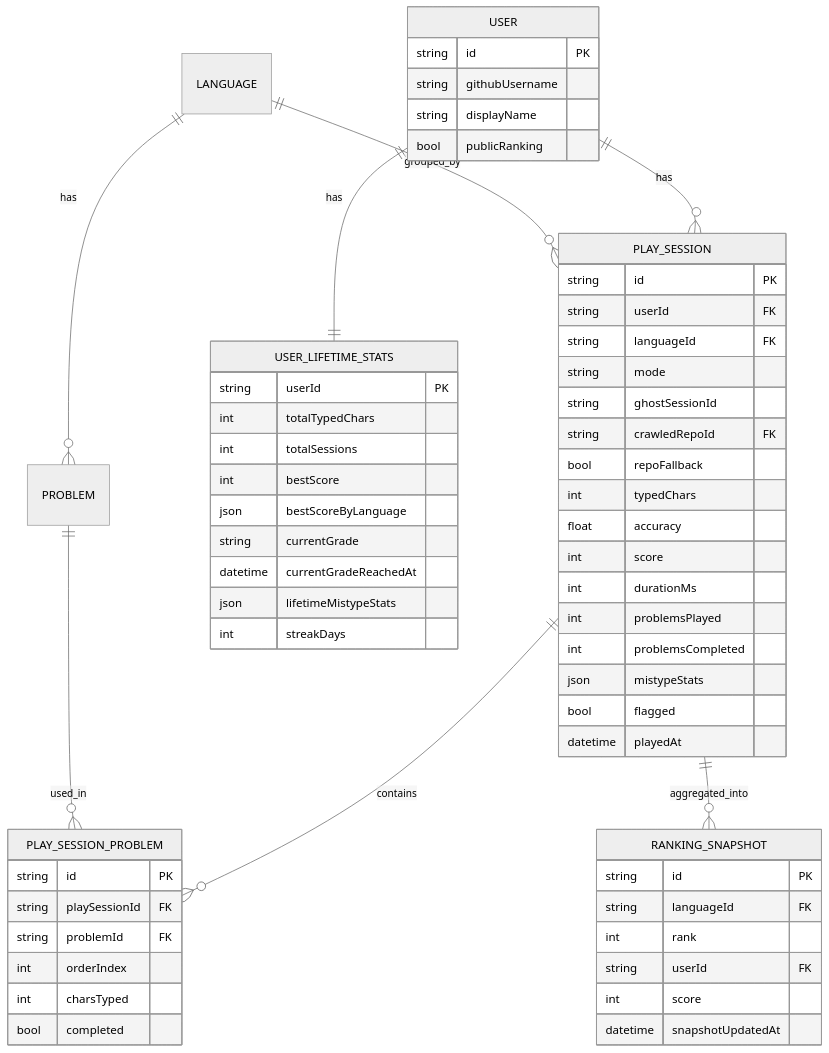
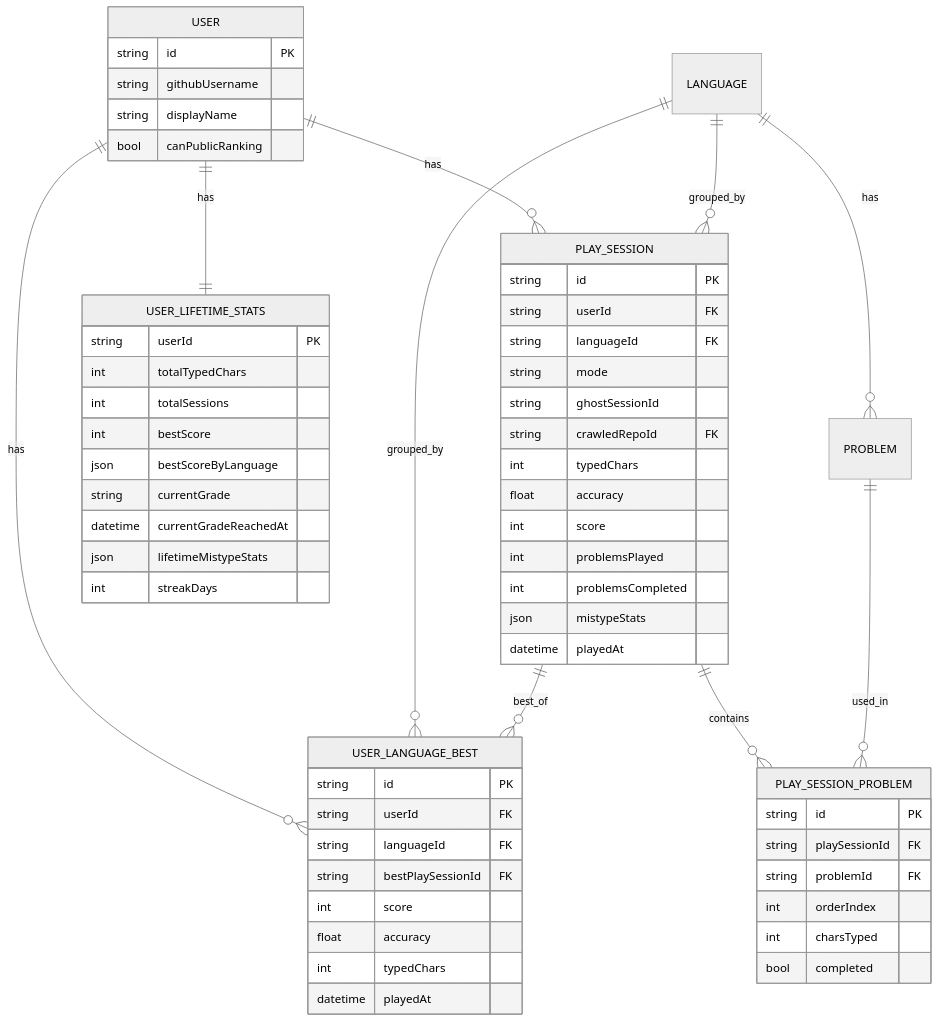
The first of 2 diagrams in docs/spec/score-ranking/README.md (kentakki416/typing-royale), drawn with Mermaid (neutral theme) before and after one commit. The commit also changed other lines of this file and 7 other files, not shown here.

````diff
--- a/docs/spec/score-ranking/README.md
+++ b/docs/spec/score-ranking/README.md
@@ -240,62 +295,63 @@
 ```mermaid
 erDiagram
     USER ||--o{ PLAY_SESSION : has
     USER ||--|| USER_LIFETIME_STATS : has
+    USER ||--o{ USER_LANGUAGE_BEST : has
     PLAY_SESSION ||--o{ PLAY_SESSION_PROBLEM : contains
     PROBLEM ||--o{ PLAY_SESSION_PROBLEM : used_in
     LANGUAGE ||--o{ PROBLEM : has
     LANGUAGE ||--o{ PLAY_SESSION : grouped_by
-    PLAY_SESSION ||--o{ RANKING_SNAPSHOT : aggregated_into
+    LANGUAGE ||--o{ USER_LANGUAGE_BEST : grouped_by
+    PLAY_SESSION ||--o{ USER_LANGUAGE_BEST : best_of
 
     USER {
         string id PK
         string githubUsername
         string displayName
-        bool publicRanking
+        bool canPublicRanking
     }
     PLAY_SESSION {
         string id PK
         string userId FK
         string languageId FK
         string mode
         string ghostSessionId
         string crawledRepoId FK
-        bool repoFallback
         int typedChars
         float accuracy
         int score
-        int durationMs
         int problemsPlayed
         int problemsCompleted
         json mistypeStats
-        bool flagged
         datetime playedAt
     }
     PLAY_SESSION_PROBLEM {
         string id PK
         string playSessionId FK
         string problemId FK
         int orderIndex
         int charsTyped
         bool completed
     }
-    RANKING_SNAPSHOT {
+    USER_LANGUAGE_BEST {
         string id PK
+        string userId FK
         string languageId FK
-        int rank
-        string userId FK
+        string bestPlaySessionId FK
         int score
-        datetime snapshotUpdatedAt
+        float accuracy
+        int typedChars
+        datetime playedAt
     }
     USER_LIFETIME_STATS {
         string userId PK
         int totalTypedChars
         int totalSessions
         int bestScore
         json bestScoreByLanguage
         string currentGrade
         datetime currentGradeReachedAt
         json lifetimeMistypeStats
         int streakDays
     }
 ```
````
